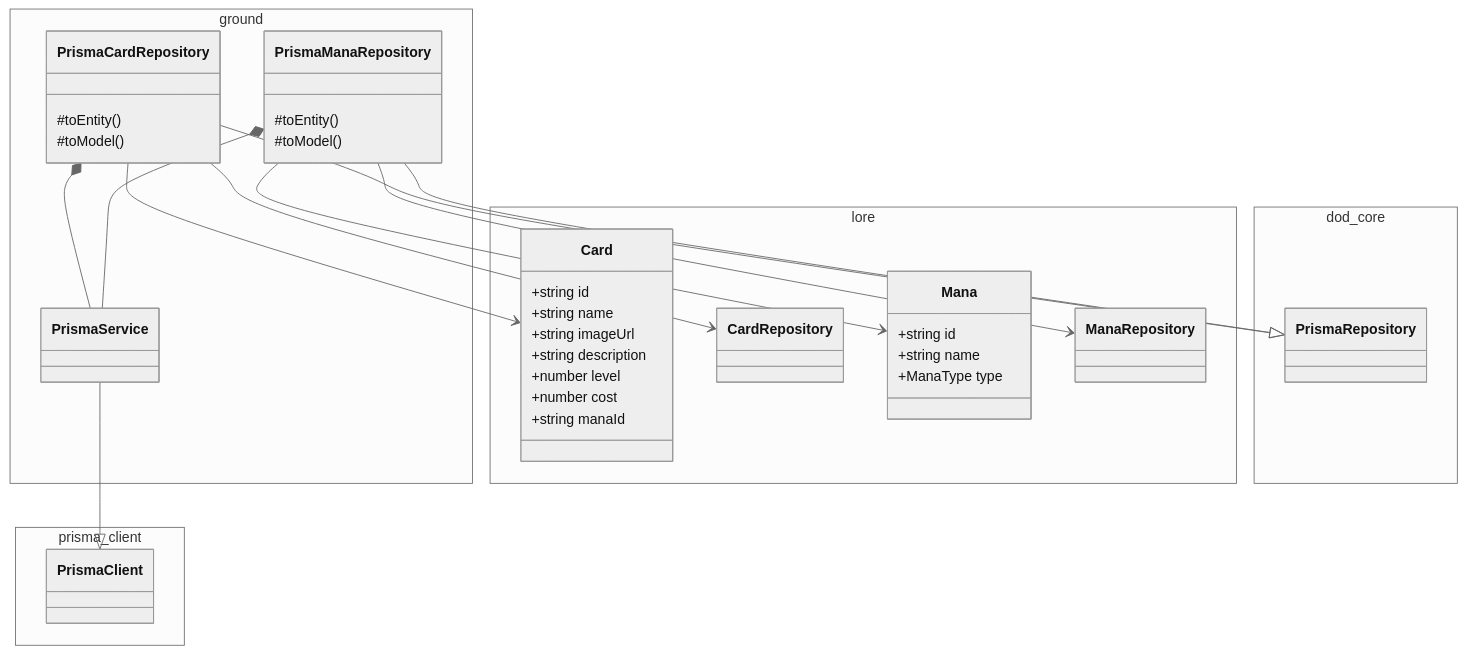
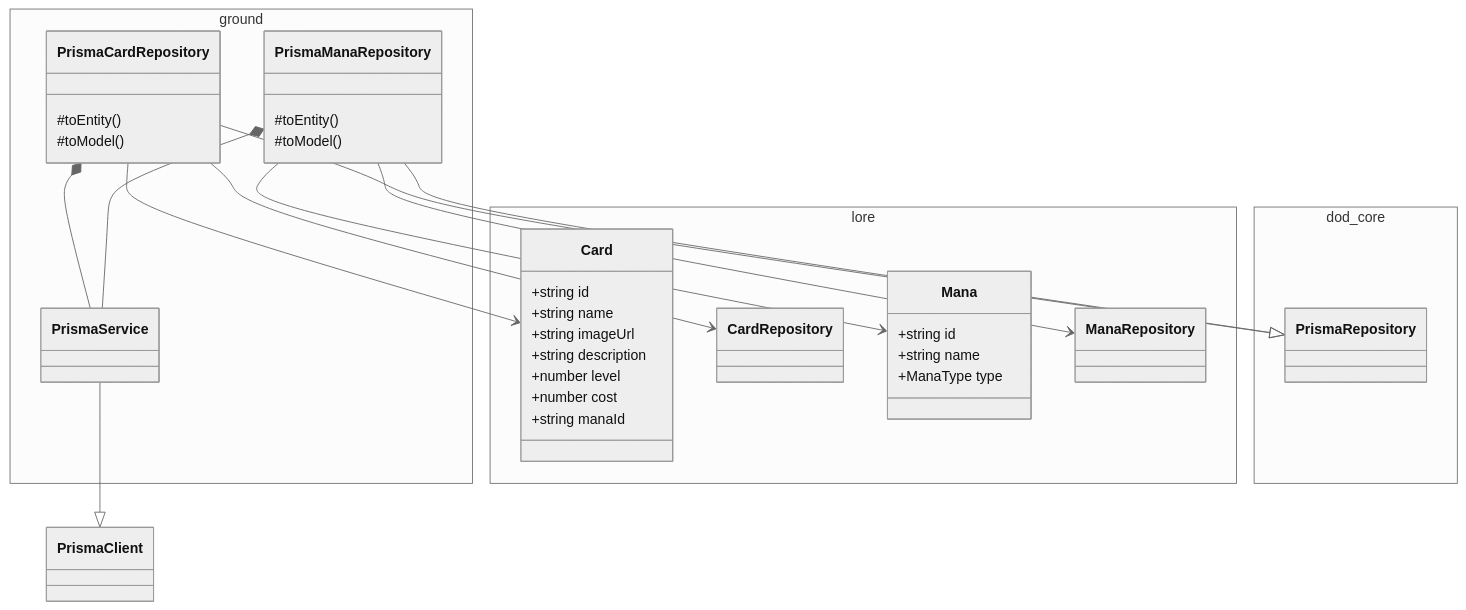
Before and after one commit to pslotinsky/decay-of-magic: the second of 5 diagrams in realms/codex/README.md, drawn with Mermaid (neutral theme). The commit also changed other lines of this file and 3 other files, not shown here.

````diff
--- a/realms/codex/README.md
+++ b/realms/codex/README.md
@@ -139,48 +139,45 @@
 ```mermaid
 classDiagram
   namespace ground {
     class PrismaService
     class PrismaCardRepository {
       #toEntity()
       #toModel()
     }
     class PrismaManaRepository {
       #toEntity()
       #toModel()
     }
   }
   namespace lore {
     class Card {
       +string id
       +string name
       +string imageUrl
       +string description
       +number level
       +number cost
       +string manaId
     }
     class CardRepository
     class Mana {
       +string id
       +string name
       +ManaType type
     }
     class ManaRepository
   }
-  namespace prisma_client {
-    class PrismaClient
-  }
   namespace dod_core {
     class PrismaRepository
   }
 
   PrismaService --|> PrismaClient
   PrismaCardRepository --|> PrismaRepository
   PrismaCardRepository *-- PrismaService
   PrismaCardRepository --> Card
   PrismaCardRepository --> CardRepository
   PrismaManaRepository --|> PrismaRepository
   PrismaManaRepository *-- PrismaService
   PrismaManaRepository --> Mana
   PrismaManaRepository --> ManaRepository
 ```
````
